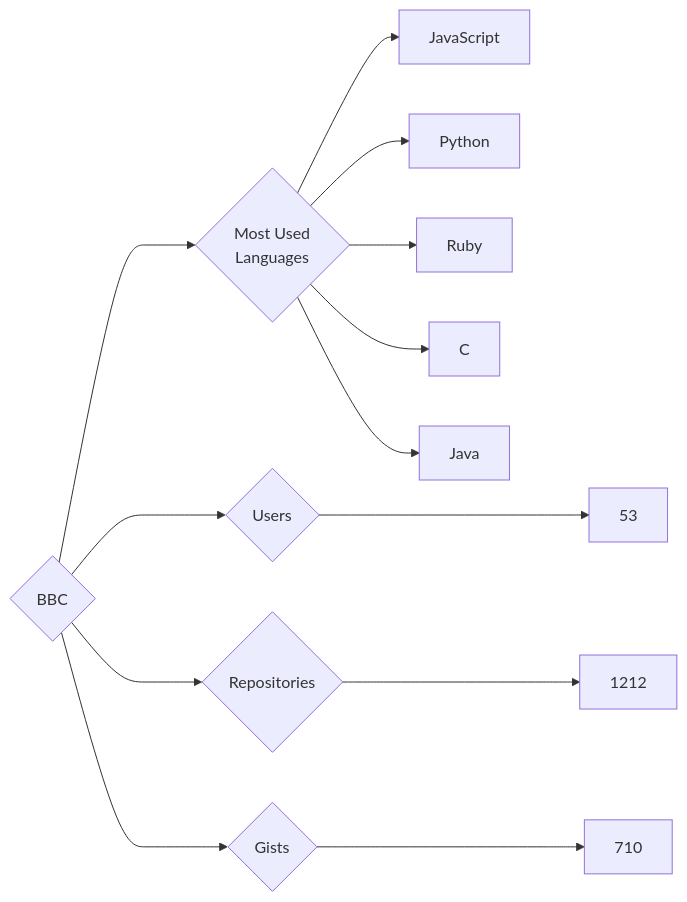
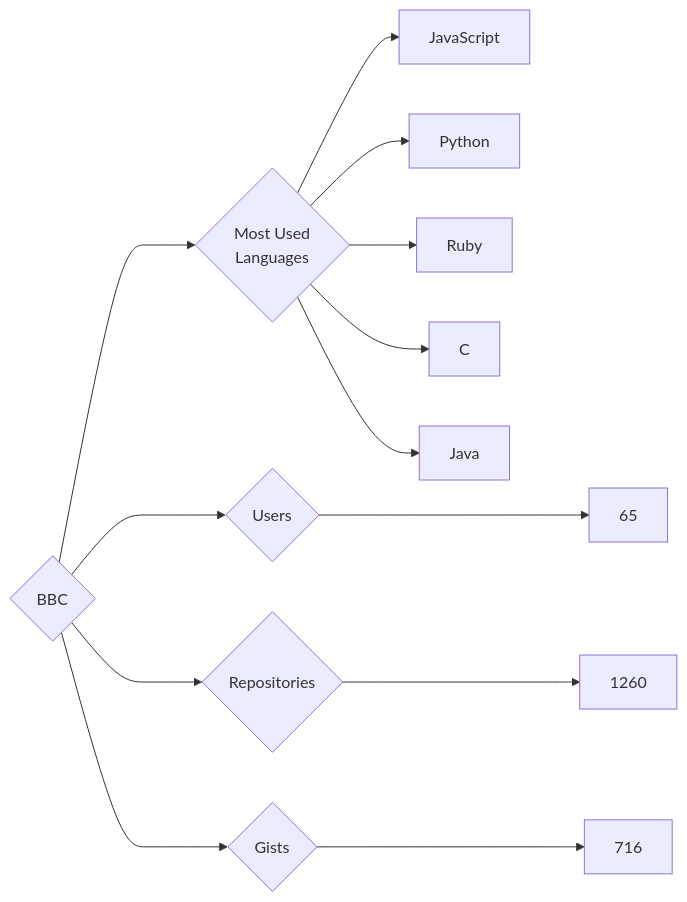
Before and after one commit to trickest/insiders: the diagram in targets/BBC/README.md, drawn with Mermaid. The commit also changed 786 other files, not shown here.

````diff
--- a/targets/BBC/README.md
+++ b/targets/BBC/README.md
@@ -3,13 +3,13 @@
 ```mermaid
 graph LR
 COMPANY_NAME{BBC}
-COMPANY_NAME ---> U{Users} ---> UN[53]
-COMPANY_NAME ---> R{Repositories} ---> RN[1212]
-COMPANY_NAME ---> G{Gists} ---> GN[710]
+COMPANY_NAME ---> U{Users} ---> UN[65]
+COMPANY_NAME ---> R{Repositories} ---> RN[1260]
+COMPANY_NAME ---> G{Gists} ---> GN[716]
 COMPANY_NAME ---> ML{Most Used<br>Languages}
 ML --> JavaScript[JavaScript]
 ML --> Python[Python]
 ML --> Ruby[Ruby]
 ML --> C[C]
 ML --> Java[Java]
 ```
````
